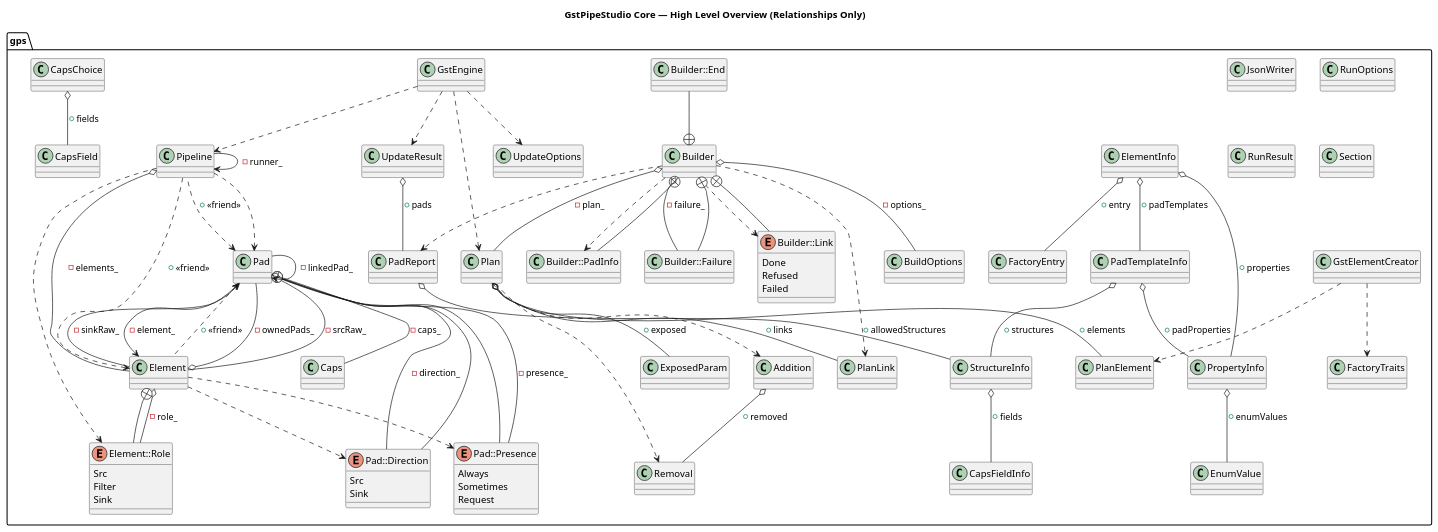
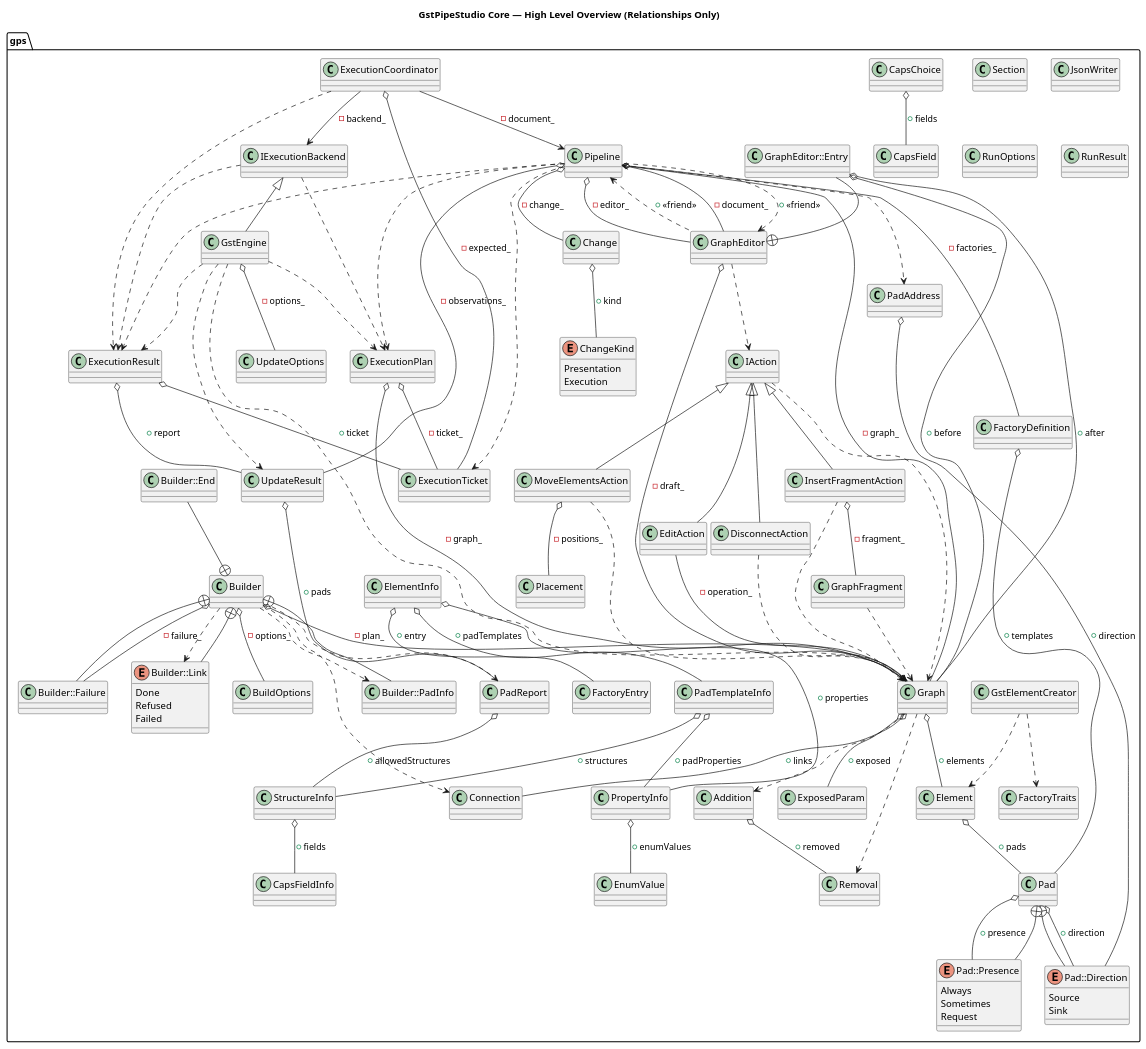
The diagram in gstpipestudio/docs/uml/core_overview.puml (mevlt01001/GstPipeStudio), drawn with PlantUML before and after one commit. The commit also changed 14 other files, not shown here.

Commit message:
docs(uml): update UML diagrams [skip ci]

```diff
--- a/gstpipestudio/docs/uml/core_overview.puml
+++ b/gstpipestudio/docs/uml/core_overview.puml
@@ -1,16 +1,47 @@
 @startuml
 title GstPipeStudio Core — High Level Overview (Relationships Only)
 package [gps] as C_0002518914159231142625 {
+class "CapsField" as C_0006508864473784456079
+class C_0006508864473784456079 {
+__
+}
+class "CapsChoice" as C_0017766622697688448882
+class C_0017766622697688448882 {
+__
+}
 class "FactoryTraits" as C_0013051742850553982975
 class C_0013051742850553982975 {
 __
 }
-class "PlanElement" as C_0007539717992276085532
-class C_0007539717992276085532 {
+class "Pad" as C_0009518918721721265326
+class C_0009518918721721265326 {
 __
 }
-class "PlanLink" as C_0006075855463494315183
-class C_0006075855463494315183 {
+enum "Pad::Direction" as C_0017606117253161268534
+enum C_0017606117253161268534 {
+Source
+Sink
+}
+enum "Pad::Presence" as C_0001294005907106994464
+enum C_0001294005907106994464 {
+Always
+Sometimes
+Request
+}
+class "PadAddress" as C_0004459205221438128071
+class C_0004459205221438128071 {
+__
+}
+class "FactoryDefinition" as C_0015968372269811866177
+class C_0015968372269811866177 {
+__
+}
+class "Element" as C_0001326683342747104663
+class C_0001326683342747104663 {
+__
+}
+class "Connection" as C_0002505624204310929246
+class C_0002505624204310929246 {
 __
 }
 class "ExposedParam" as C_0009995579580061596989
@@ -25,8 +56,97 @@
 class C_0014123026597954571416 {
 __
 }
-class "Plan" as C_0000028171970329881143
-class C_0000028171970329881143 {
+class "Graph" as C_0018067283933574651792
+class C_0018067283933574651792 {
+__
+}
+class "Section" as C_0015391064260961665124
+class C_0015391064260961665124 {
+__
+}
+class "CapsFieldInfo" as C_0013410461275766476270
+class C_0013410461275766476270 {
+__
+}
+class "StructureInfo" as C_0003746534394387167421
+class C_0003746534394387167421 {
+__
+}
+class "PadReport" as C_0017990539626448234546
+class C_0017990539626448234546 {
+__
+}
+class "UpdateResult" as C_0013065720672133927035
+class C_0013065720672133927035 {
+__
+}
+enum "ChangeKind" as C_0018362449830922159198
+enum C_0018362449830922159198 {
+Presentation
+Execution
+}
+class "Change" as C_0018307412983780087959
+class C_0018307412983780087959 {
+__
+}
+class "ExecutionTicket" as C_0011849018542757719141
+class C_0011849018542757719141 {
+__
+}
+class "ExecutionPlan" as C_0003081048646486760799
+class C_0003081048646486760799 {
+__
+}
+class "ExecutionResult" as C_0018096670095179205606
+class C_0018096670095179205606 {
+__
+}
+class "IExecutionBackend" as C_0015605349187254247432
+class C_0015605349187254247432 {
+__
+}
+class "IAction" as C_0010317797543984879948
+class C_0010317797543984879948 {
+__
+}
+class "EditAction" as C_0001005249180849585297
+class C_0001005249180849585297 {
+__
+}
+class "GraphEditor" as C_0016614322488672564990
+class C_0016614322488672564990 {
+__
+}
+class "GraphEditor::Entry" as C_0007768853586094295840
+class C_0007768853586094295840 {
+__
+}
+class "GraphFragment" as C_0003483808225129356273
+class C_0003483808225129356273 {
+__
+}
+class "Pipeline" as C_0016155900727951096977
+class C_0016155900727951096977 {
+__
+}
+class "ExecutionCoordinator" as C_0012554930199260142410
+class C_0012554930199260142410 {
+__
+}
+class "Placement" as C_0008300182268554480961
+class C_0008300182268554480961 {
+__
+}
+class "MoveElementsAction" as C_0012363950950962011195
+class C_0012363950950962011195 {
+__
+}
+class "DisconnectAction" as C_0007814516208255693743
+class C_0007814516208255693743 {
+__
+}
+class "InsertFragmentAction" as C_0005716851070787457504
+class C_0005716851070787457504 {
 __
 }
 class "GstElementCreator" as C_0005222315936444744904
@@ -49,14 +169,6 @@
 class C_0005882221733675194402 {
 __
 }
-class "CapsFieldInfo" as C_0013410461275766476270
-class C_0013410461275766476270 {
-__
-}
-class "StructureInfo" as C_0003746534394387167421
-class C_0003746534394387167421 {
-__
-}
 class "PadTemplateInfo" as C_0007136070967673481743
 class C_0007136070967673481743 {
 __
@@ -65,16 +177,8 @@
 class C_0015854607360646402873 {
 __
 }
-class "PadReport" as C_0017990539626448234546
-class C_0017990539626448234546 {
-__
-}
 class "UpdateOptions" as C_0004763058859458917422
 class C_0004763058859458917422 {
-__
-}
-class "UpdateResult" as C_0013065720672133927035
-class C_0013065720672133927035 {
 __
 }
 class "RunOptions" as C_0012291864674614843750
@@ -111,110 +215,93 @@
 Refused
 Failed
 }
-class "Caps" as C_0014040444836502338537
-class C_0014040444836502338537 {
-__
-}
-class "Pad" as C_0009518918721721265326
-class C_0009518918721721265326 {
-__
-}
-enum "Pad::Direction" as C_0017606117253161268534
-enum C_0017606117253161268534 {
-Src
-Sink
-}
-enum "Pad::Presence" as C_0001294005907106994464
-enum C_0001294005907106994464 {
-Always
-Sometimes
-Request
-}
-class "Element" as C_0001326683342747104663
-class C_0001326683342747104663 {
-__
-}
-enum "Element::Role" as C_0017390648208247545476
-enum C_0017390648208247545476 {
-Src
-Filter
-Sink
-}
-class "Pipeline" as C_0016155900727951096977
-class C_0016155900727951096977 {
-__
-}
 class "GstEngine" as C_0001752346928852604195
 class C_0001752346928852604195 {
 __
 }
-class "CapsField" as C_0006508864473784456079
-class C_0006508864473784456079 {
-__
 }
-class "CapsChoice" as C_0017766622697688448882
-class C_0017766622697688448882 {
-__
-}
-class "Section" as C_0015391064260961665124
-class C_0015391064260961665124 {
-__
-}
-}
+C_0017766622697688448882 o-- C_0006508864473784456079 : +fields
+C_0009518918721721265326 o-- C_0017606117253161268534 : +direction
+C_0009518918721721265326 o-- C_0001294005907106994464 : +presence
+C_0017606117253161268534 --+ C_0009518918721721265326
+C_0001294005907106994464 --+ C_0009518918721721265326
+C_0004459205221438128071 o-- C_0017606117253161268534 : +direction
+C_0015968372269811866177 o-- C_0009518918721721265326 : +templates
+C_0001326683342747104663 o-- C_0009518918721721265326 : +pads
 C_0014123026597954571416 o-- C_0012887087281388355273 : +removed
-C_0000028171970329881143 ..> C_0012887087281388355273
-C_0000028171970329881143 ..> C_0014123026597954571416
-C_0000028171970329881143 o-- C_0007539717992276085532 : +elements
-C_0000028171970329881143 o-- C_0006075855463494315183 : +links
-C_0000028171970329881143 o-- C_0009995579580061596989 : +exposed
-C_0005222315936444744904 ..> C_0007539717992276085532
+C_0018067283933574651792 ..> C_0012887087281388355273
+C_0018067283933574651792 ..> C_0014123026597954571416
+C_0018067283933574651792 o-- C_0001326683342747104663 : +elements
+C_0018067283933574651792 o-- C_0002505624204310929246 : +links
+C_0018067283933574651792 o-- C_0009995579580061596989 : +exposed
+C_0003746534394387167421 o-- C_0013410461275766476270 : +fields
+C_0017990539626448234546 o-- C_0003746534394387167421 : +allowedStructures
+C_0013065720672133927035 o-- C_0017990539626448234546 : +pads
+C_0018307412983780087959 o-- C_0018362449830922159198 : +kind
+C_0003081048646486760799 o-- C_0018067283933574651792 : -graph_
+C_0003081048646486760799 o-- C_0011849018542757719141 : -ticket_
+C_0018096670095179205606 o-- C_0011849018542757719141 : +ticket
+C_0018096670095179205606 o-- C_0013065720672133927035 : +report
+C_0015605349187254247432 ..> C_0003081048646486760799
+C_0015605349187254247432 ..> C_0018096670095179205606
+C_0010317797543984879948 ..> C_0018067283933574651792
+C_0001005249180849585297 --> C_0018067283933574651792 : -operation_
+C_0010317797543984879948 <|-- C_0001005249180849585297
+C_0016614322488672564990 ..> C_0010317797543984879948
+C_0016614322488672564990 --> C_0016155900727951096977 : -document_
+C_0016614322488672564990 o-- C_0018067283933574651792 : -draft_
+C_0016614322488672564990 <.. C_0016155900727951096977 : +<<friend>>
+C_0007768853586094295840 --+ C_0016614322488672564990
+C_0007768853586094295840 o-- C_0018067283933574651792 : +before
+C_0007768853586094295840 o-- C_0018067283933574651792 : +after
+C_0003483808225129356273 ..> C_0018067283933574651792
+C_0016155900727951096977 ..> C_0004459205221438128071
+C_0016155900727951096977 ..> C_0003081048646486760799
+C_0016155900727951096977 ..> C_0018096670095179205606
+C_0016155900727951096977 ..> C_0011849018542757719141
+C_0016155900727951096977 o-- C_0015968372269811866177 : -factories_
+C_0016155900727951096977 o-- C_0018067283933574651792 : -graph_
+C_0016155900727951096977 o-- C_0016614322488672564990 : -editor_
+C_0016155900727951096977 o-- C_0018307412983780087959 : -change_
+C_0016155900727951096977 o-- C_0013065720672133927035 : -observations_
+C_0016155900727951096977 <.. C_0016614322488672564990 : +<<friend>>
+C_0012554930199260142410 ..> C_0018096670095179205606
+C_0012554930199260142410 --> C_0016155900727951096977 : -document_
+C_0012554930199260142410 --> C_0015605349187254247432 : -backend_
+C_0012554930199260142410 o-- C_0011849018542757719141 : -expected_
+C_0012363950950962011195 ..> C_0018067283933574651792
+C_0012363950950962011195 o-- C_0008300182268554480961 : -positions_
+C_0010317797543984879948 <|-- C_0012363950950962011195
+C_0007814516208255693743 ..> C_0018067283933574651792
+C_0010317797543984879948 <|-- C_0007814516208255693743
+C_0005716851070787457504 ..> C_0018067283933574651792
+C_0005716851070787457504 o-- C_0003483808225129356273 : -fragment_
+C_0010317797543984879948 <|-- C_0005716851070787457504
+C_0005222315936444744904 ..> C_0001326683342747104663
 C_0005222315936444744904 ..> C_0013051742850553982975
 C_0005882221733675194402 o-- C_0012765824391351199139 : +enumValues
-C_0003746534394387167421 o-- C_0013410461275766476270 : +fields
 C_0007136070967673481743 o-- C_0003746534394387167421 : +structures
 C_0007136070967673481743 o-- C_0005882221733675194402 : +padProperties
 C_0015854607360646402873 o-- C_0000440172370049072548 : +entry
 C_0015854607360646402873 o-- C_0007136070967673481743 : +padTemplates
 C_0015854607360646402873 o-- C_0005882221733675194402 : +properties
-C_0017990539626448234546 o-- C_0003746534394387167421 : +allowedStructures
-C_0013065720672133927035 o-- C_0017990539626448234546 : +pads
 C_0009118436794158611664 ..> C_0017990539626448234546
 C_0009118436794158611664 ..> C_0010578016348553779959
-C_0009118436794158611664 ..> C_0006075855463494315183
+C_0009118436794158611664 ..> C_0002505624204310929246
 C_0009118436794158611664 ..> C_0002012926535479199836
-C_0009118436794158611664 o-- C_0000028171970329881143 : -plan_
+C_0009118436794158611664 o-- C_0018067283933574651792 : -plan_
 C_0009118436794158611664 o-- C_0016130374138168955360 : -options_
 C_0009118436794158611664 o-- C_0011418329162554135375 : -failure_
 C_0011418329162554135375 --+ C_0009118436794158611664
 C_0004291238238351396201 --+ C_0009118436794158611664
 C_0010578016348553779959 --+ C_0009118436794158611664
 C_0002012926535479199836 --+ C_0009118436794158611664
-C_0009518918721721265326 --> C_0001326683342747104663 : -element_
-C_0009518918721721265326 o-- C_0017606117253161268534 : -direction_
-C_0009518918721721265326 o-- C_0001294005907106994464 : -presence_
-C_0009518918721721265326 --> C_0009518918721721265326 : -linkedPad_
-C_0009518918721721265326 o-- C_0014040444836502338537 : -caps_
-C_0009518918721721265326 <.. C_0001326683342747104663 : +<<friend>>
-C_0009518918721721265326 <.. C_0016155900727951096977 : +<<friend>>
-C_0017606117253161268534 --+ C_0009518918721721265326
-C_0001294005907106994464 --+ C_0009518918721721265326
-C_0001326683342747104663 ..> C_0017606117253161268534
-C_0001326683342747104663 ..> C_0001294005907106994464
-C_0001326683342747104663 o-- C_0017390648208247545476 : -role_
-C_0001326683342747104663 o-- C_0009518918721721265326 : -ownedPads_
-C_0001326683342747104663 --> C_0009518918721721265326 : -srcRaw_
-C_0001326683342747104663 --> C_0009518918721721265326 : -sinkRaw_
-C_0001326683342747104663 <.. C_0016155900727951096977 : +<<friend>>
-C_0017390648208247545476 --+ C_0001326683342747104663
-C_0016155900727951096977 ..> C_0017390648208247545476
-C_0016155900727951096977 ..> C_0009518918721721265326
-C_0016155900727951096977 o-- C_0001326683342747104663 : -elements_
-C_0016155900727951096977 --> C_0016155900727951096977 : -runner_
-C_0001752346928852604195 ..> C_0000028171970329881143
-C_0001752346928852604195 ..> C_0004763058859458917422
+C_0001752346928852604195 ..> C_0003081048646486760799
+C_0001752346928852604195 ..> C_0018096670095179205606
+C_0001752346928852604195 ..> C_0018067283933574651792
 C_0001752346928852604195 ..> C_0013065720672133927035
-C_0001752346928852604195 ..> C_0016155900727951096977
-C_0017766622697688448882 o-- C_0006508864473784456079 : +fields
+C_0001752346928852604195 o-- C_0004763058859458917422 : -options_
+C_0015605349187254247432 <|-- C_0001752346928852604195
 
 'Generated with clang-uml, version 0.6.3
 'LLVM version Ubuntu clang version 15.0.7
```
